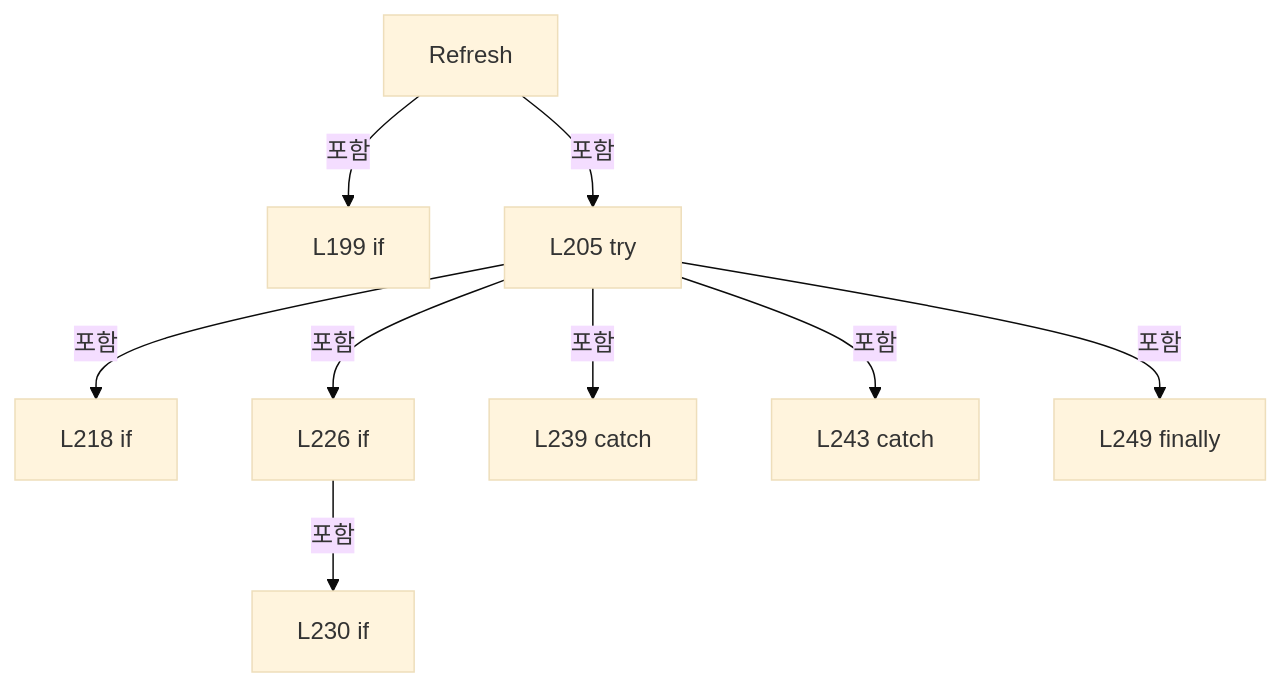
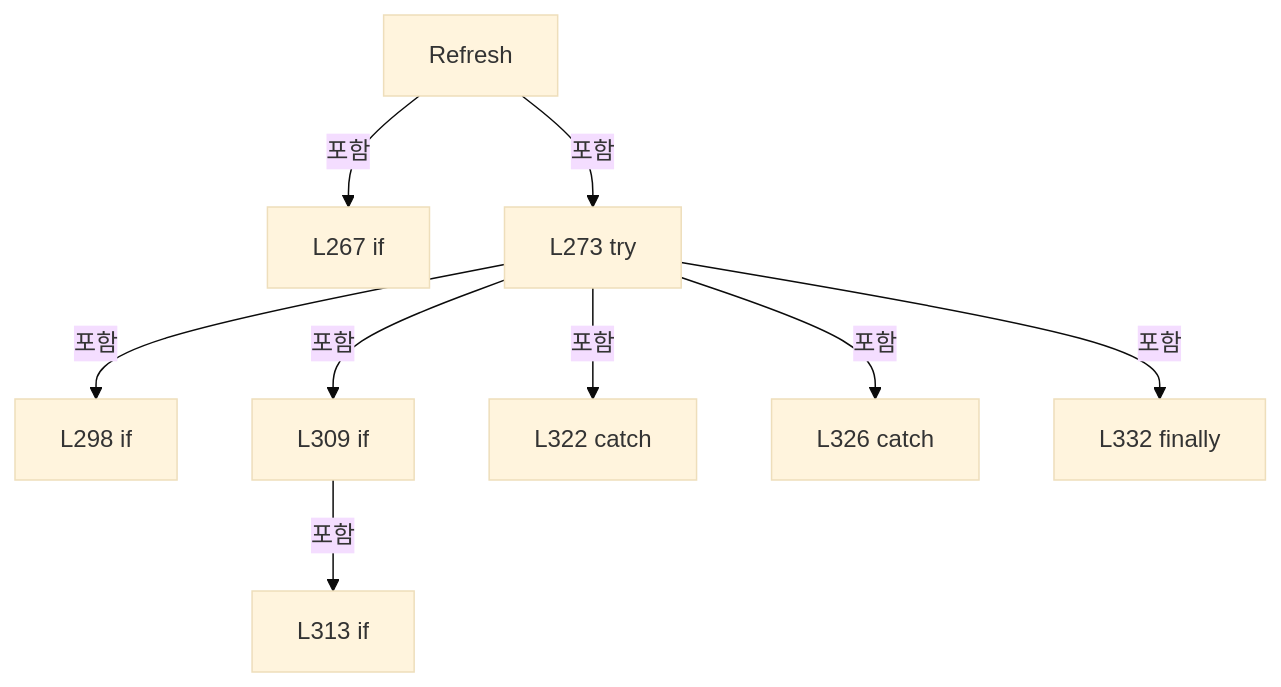
The seventh of 14 diagrams in A3 LD Code Ref/files/Drilling.UI/Menu/Menus/CMenuCorrection.ReviewData.cs.md (kjuws10-rgb/Shared), drawn with Mermaid (base theme) before and after one commit. The commit also changed other lines of this file and 2071 other files, not shown here.

Commit message:
docs(a3): update 11.19.0 architecture and code reference

````diff
--- a/A3 LD Code Ref/files/Drilling.UI/Menu/Menus/CMenuCorrection.ReviewData.cs.md
+++ b/A3 LD Code Ref/files/Drilling.UI/Menu/Menus/CMenuCorrection.ReviewData.cs.md
@@ -1610,20 +1957,20 @@
 ```mermaid
 flowchart TD
  M["Refresh"]
- N0["L199 if"]
+ N0["L267 if"]
  M -->|포함| N0
- N1["L205 try"]
+ N1["L273 try"]
  M -->|포함| N1
- N2["L218 if"]
+ N2["L298 if"]
  N1 -->|포함| N2
- N3["L226 if"]
+ N3["L309 if"]
  N1 -->|포함| N3
- N4["L230 if"]
+ N4["L313 if"]
  N3 -->|포함| N4
- N5["L239 catch"]
+ N5["L322 catch"]
  N1 -->|포함| N5
- N6["L243 catch"]
+ N6["L326 catch"]
  N1 -->|포함| N6
- N7["L249 finally"]
+ N7["L332 finally"]
  N1 -->|포함| N7
 ```
````
